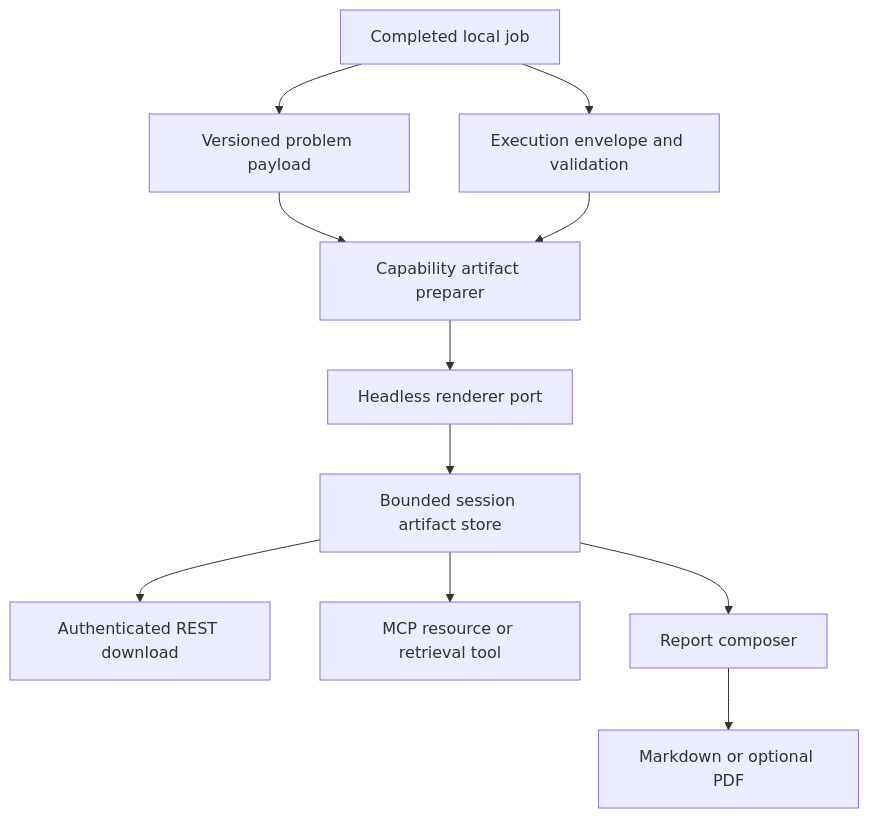
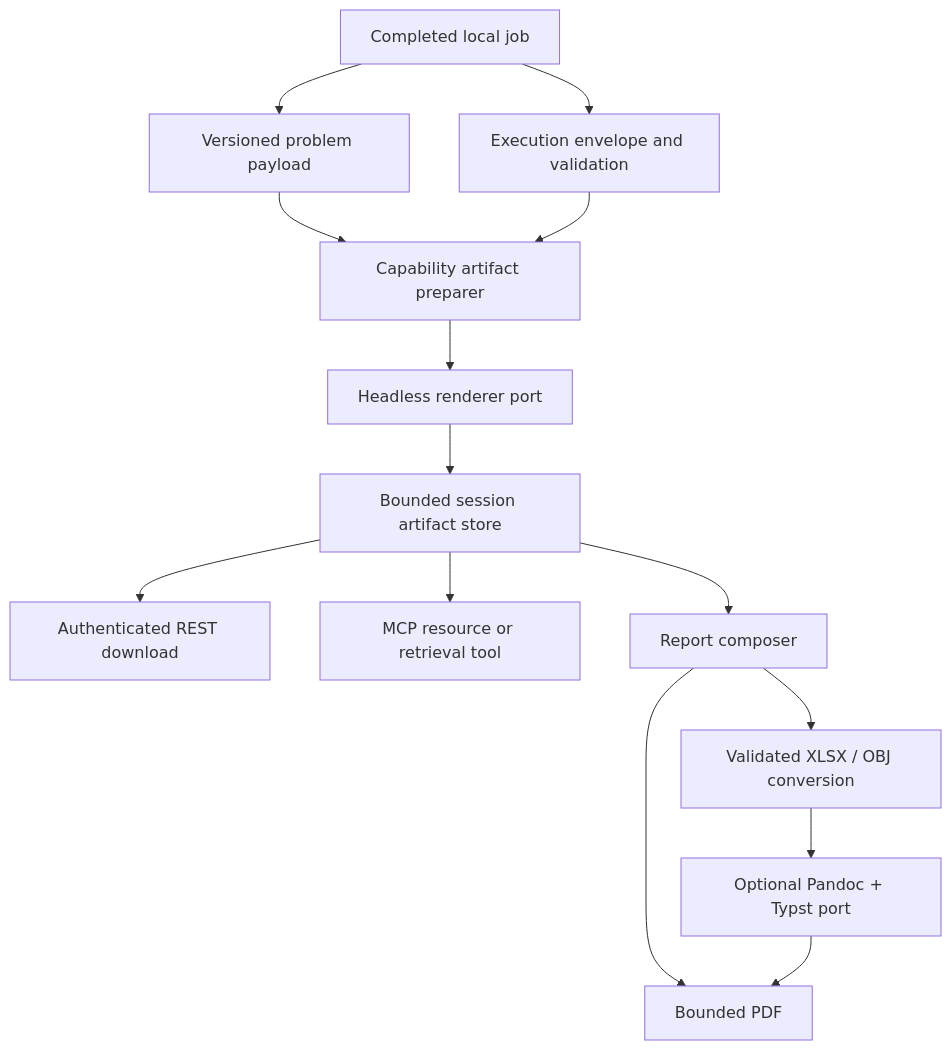
Before and after one commit to Pablo-gitub/optees: the third of 11 diagrams in docs/ARCHITECTURE.md, drawn with Mermaid. The commit also changed other lines of this file and 9 other files, not shown here.

````diff
--- a/docs/ARCHITECTURE.md
+++ b/docs/ARCHITECTURE.md
@@ -138,13 +138,16 @@
 ```mermaid
 flowchart TB
     Job["Completed local job"] --> Problem["Versioned problem payload"]
     Job --> Result["Execution envelope and validation"]
     Problem --> Prepare["Capability artifact preparer"]
     Result --> Prepare
     Prepare --> Renderer["Headless renderer port"]
     Renderer --> ArtifactStore["Bounded session artifact store"]
     ArtifactStore --> RESTDownload["Authenticated REST download"]
     ArtifactStore --> MCPResource["MCP resource or retrieval tool"]
     ArtifactStore --> Composer["Report composer"]
-    Composer --> ReportStore["Markdown or optional PDF"]
+    Composer --> Converter["Validated XLSX / OBJ conversion"]
+    Converter --> Backend["Optional Pandoc + Typst port"]
+    Composer --> ReportStore["Deterministic Markdown"]
+    Backend --> ReportStore["Bounded PDF"]
 ```
````
